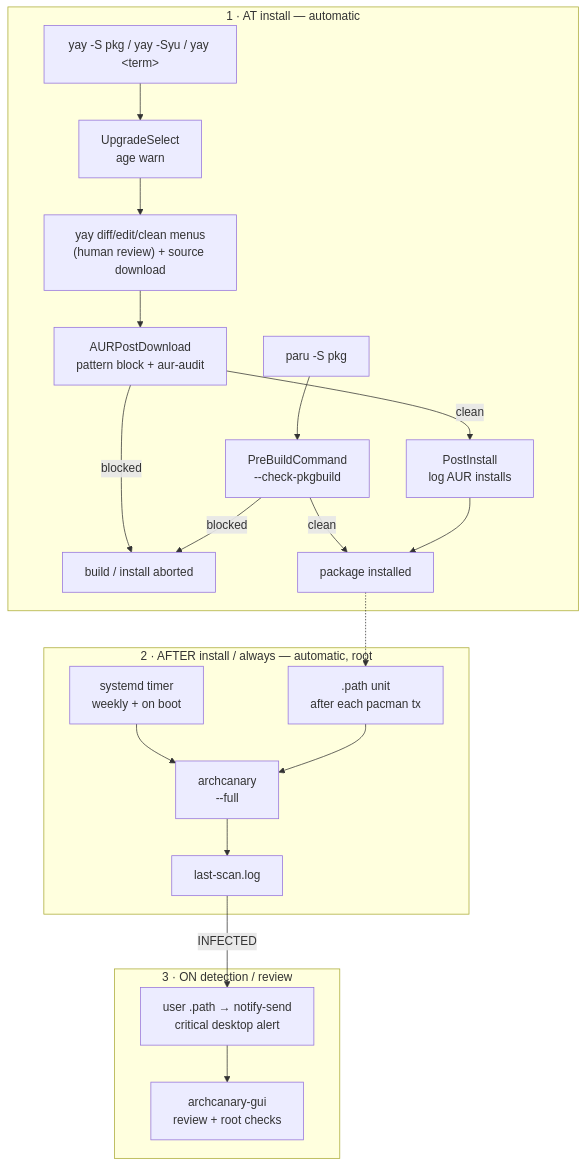
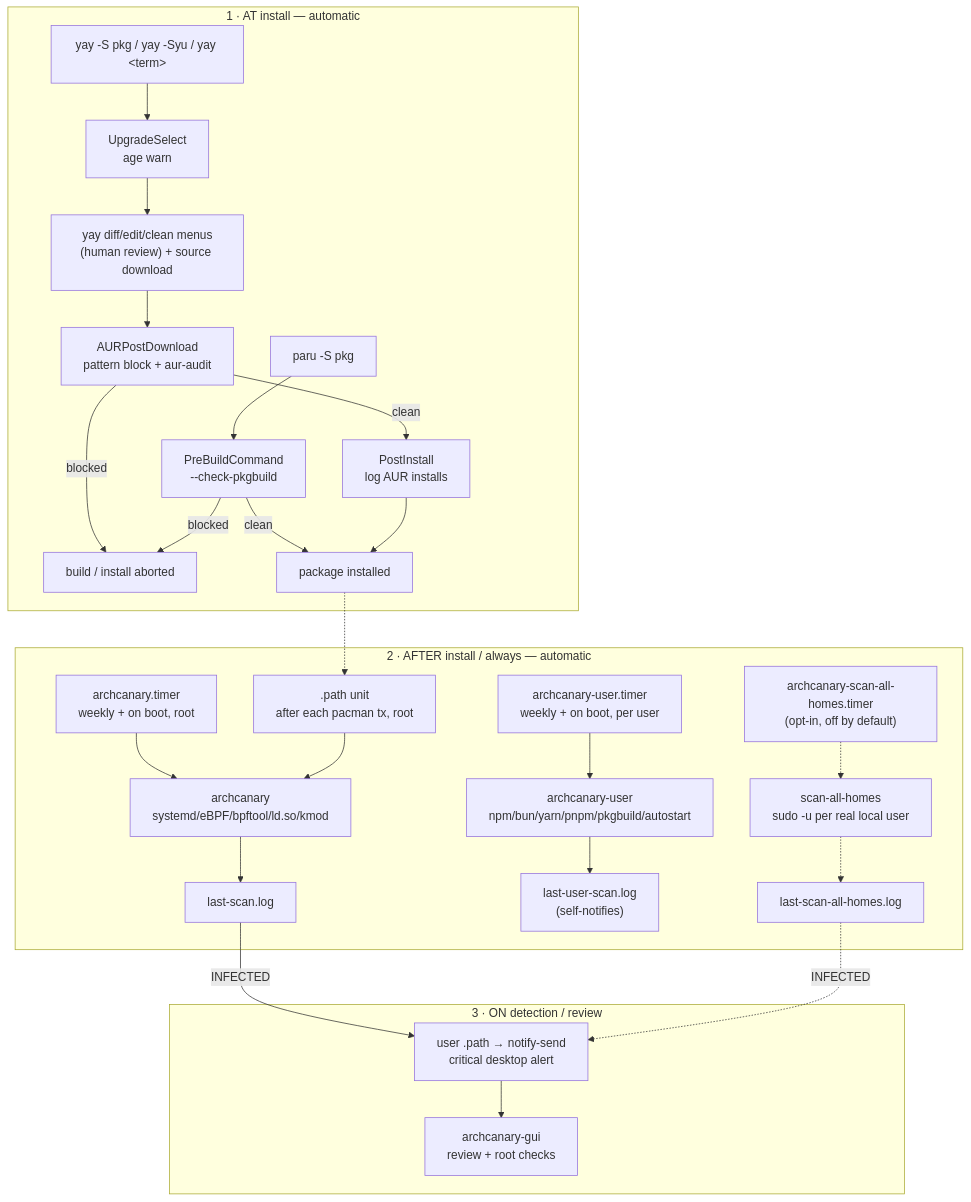
Before and after one commit to musqz/archcanary: the diagram in docs/overview.md, drawn with Mermaid. The commit also changed other lines of this file and 12 other files, not shown here.

First line of the commit message:
feat: add --scan-all-homes for multi-user home scanning

````diff
--- a/docs/overview.md
+++ b/docs/overview.md
@@ -9,27 +9,35 @@
 ```mermaid
 flowchart TD
     subgraph AT["1 · AT install — automatic"]
         U["yay -S pkg / yay -Syu / yay &lt;term&gt;"] --> SEL["UpgradeSelect<br/>age warn"]
         SEL --> REV["yay diff/edit/clean menus<br/>(human review) + source download"]
         REV --> PDL["AURPostDownload<br/>pattern block + aur-audit"]
         UP["paru -S pkg"] --> PBC["PreBuildCommand<br/>--check-pkgbuild"]
         PDL -->|blocked| AB["build / install aborted"]
         PBC -->|blocked| AB
         PDL -->|clean| POST["PostInstall<br/>log AUR installs"]
         PBC -->|clean| OK["package installed"]
         POST --> OK
     end
 
-    subgraph AFTER["2 · AFTER install / always — automatic, root"]
-        TIM["systemd timer<br/>weekly + on boot"] --> SCAN["archcanary<br/>--full"]
-        PTH[".path unit<br/>after each pacman tx"] --> SCAN
+    subgraph AFTER["2 · AFTER install / always — automatic"]
+        TIM["archcanary.timer<br/>weekly + on boot, root"] --> SCAN["archcanary<br/>systemd/eBPF/bpftool/ld.so/kmod"]
+        PTH[".path unit<br/>after each pacman tx, root"] --> SCAN
         SCAN --> LOG["last-scan.log"]
+
+        UTIM["archcanary-user.timer<br/>weekly + on boot, per user"] --> USCAN["archcanary-user<br/>npm/bun/yarn/pnpm/pkgbuild/autostart"]
+        USCAN --> ULOG["last-user-scan.log<br/>(self-notifies)"]
+
+        SAHTIM["archcanary-scan-all-homes.timer<br/>(opt-in, off by default)"] -.-> SAH["scan-all-homes<br/>sudo -u per real local user"]
+        SAH -.-> SAHLOG["last-scan-all-homes.log"]
     end
 
     subgraph ALERT["3 · ON detection / review"]
-        LOG -->|INFECTED| NOT["user .path → notify-send<br/>critical desktop alert"]
+        NOT["user .path → notify-send<br/>critical desktop alert"]
+        LOG -->|INFECTED| NOT
+        SAHLOG -.->|INFECTED| NOT
         NOT --> GUI["archcanary-gui<br/>review + root checks"]
     end
 
     OK -.-> PTH
 ```
````
